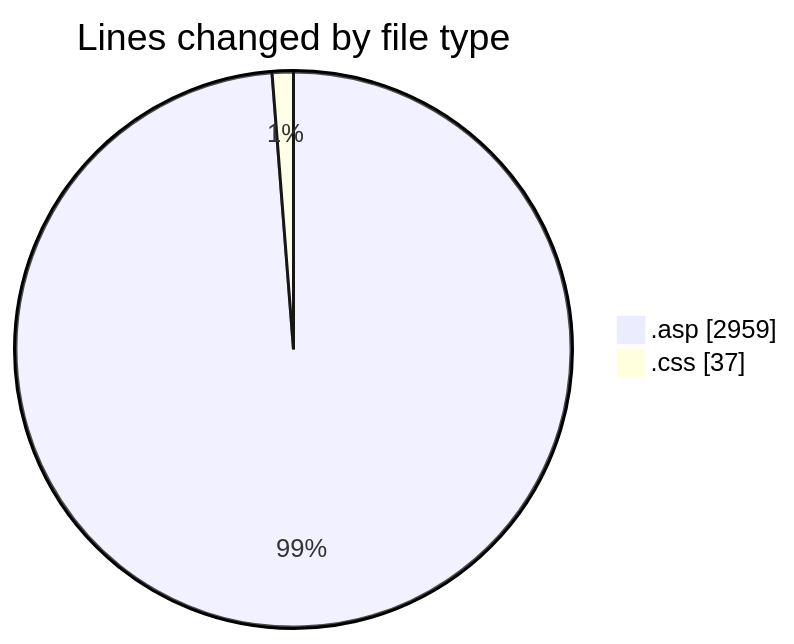
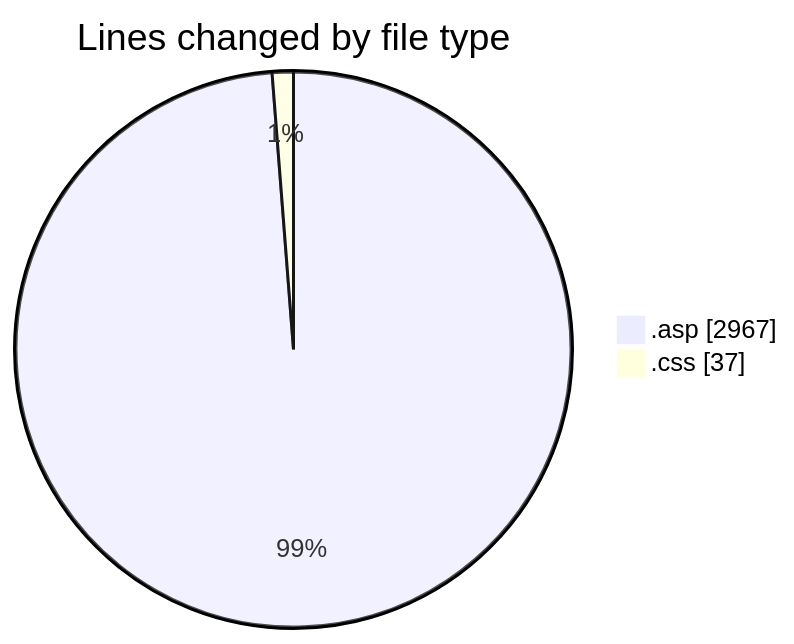
One commit to julien-gomy/code-tracking changed the first of 2 diagrams in 2025-11-02/cdp_aleoudev_fr__workspace_/README.md. Above: the diagram before and after it, drawn with Mermaid. The commit also changed other lines of this file and 1 other file, not shown here.

````diff
--- a/2025-11-02/cdp_aleoudev_fr__workspace_/README.md
+++ b/2025-11-02/cdp_aleoudev_fr__workspace_/README.md
@@ -23,6 +23,6 @@
 ```mermaid
 pie showData
 title Lines changed by file type
-".asp" : 2959
+".asp" : 2967
 ".css" : 37
 ```
````
